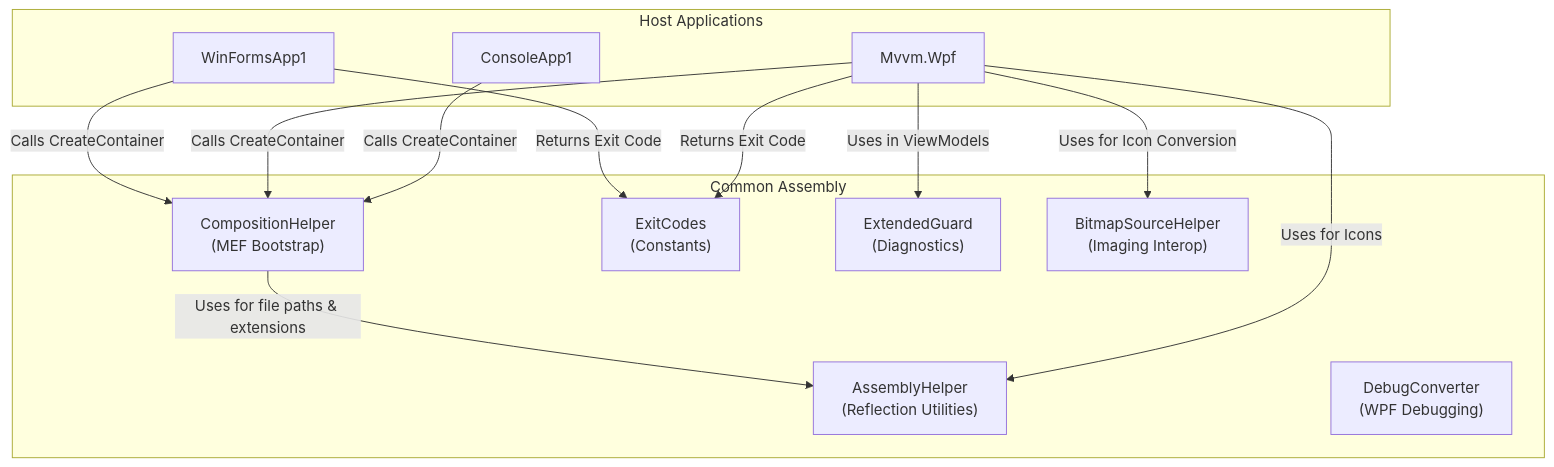
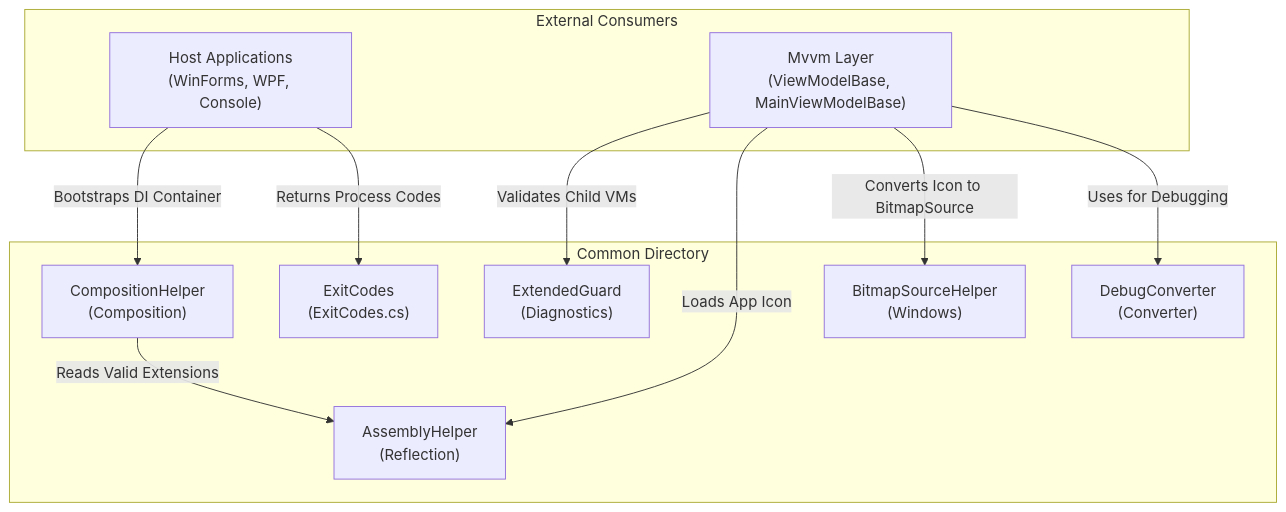
Before and after one commit to wetzlmaier-scch/mvvm: the diagram in doc/Common.md, drawn with Mermaid. The commit also changed other lines of this file and 111 other files, not shown here.

````diff
--- a/doc/Common.md
+++ b/doc/Common.md
@@ -31,30 +27,24 @@
 ```mermaid
 flowchart TD
-    subgraph "Common Assembly"
-        CH["CompositionHelper<br/>(MEF Bootstrap)"]
-        AH["AssemblyHelper<br/>(Reflection Utilities)"]
-        EC["ExitCodes<br/>(Constants)"]
+    subgraph "Common Directory"
+        CH["CompositionHelper<br/>(Composition)"]
+        AH["AssemblyHelper<br/>(Reflection)"]
         EG["ExtendedGuard<br/>(Diagnostics)"]
-        DC["DebugConverter<br/>(WPF Debugging)"]
-        BSH["BitmapSourceHelper<br/>(Imaging Interop)"]
+        BSH["BitmapSourceHelper<br/>(Windows)"]
+        DC["DebugConverter<br/>(Converter)"]
+        EC["ExitCodes<br/>(ExitCodes.cs)"]
     end
 
-    subgraph "Host Applications"
-        WF["WinFormsApp1"]
-        WPF["Mvvm.Wpf"]
-        CON["ConsoleApp1"]
+    subgraph "External Consumers"
+        Hosts["Host Applications<br/>(WinForms, WPF, Console)"]
+        MVVM["Mvvm Layer<br/>(ViewModelBase, MainViewModelBase)"]
     end
 
-    %% Internal Dependencies
-    CH -->|Uses for file paths & extensions| AH
-
-    %% External Consumers
-    WF -->|Calls CreateContainer| CH
-    WF -->|Returns Exit Code| EC
-    WPF -->|Calls CreateContainer| CH
-    WPF -->|Returns Exit Code| EC
-    WPF -->|Uses for Icons| AH
-    WPF -->|Uses for Icon Conversion| BSH
-    WPF -->|Uses in ViewModels| EG
-    CON -->|Calls CreateContainer| CH
+    Hosts -->|Bootstraps DI Container| CH
+    Hosts -->|Returns Process Codes| EC
+    CH -->|Reads Valid Extensions| AH
+    MVVM -->|Validates Child VMs| EG
+    MVVM -->|Loads App Icon| AH
+    MVVM -->|Converts Icon to BitmapSource| BSH
+    MVVM -->|Uses for Debugging| DC
 ```
````
